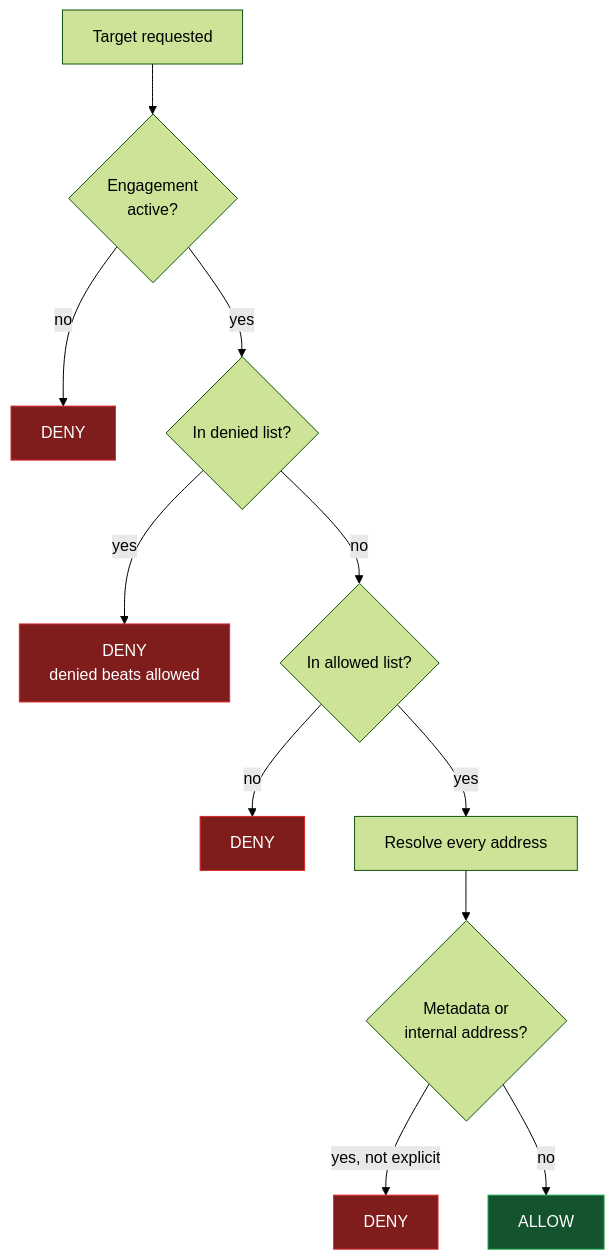
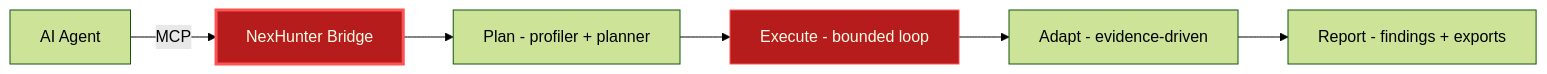
One commit to Arseno25/nexhunter changed the second of 2 diagrams in README.md. Above: the diagram before and after it, drawn with Mermaid (forest theme). The commit also changed other lines of this file and 56 other files, not shown here.

````diff
--- a/README.md
+++ b/README.md
@@ -151,18 +51,10 @@
 ```mermaid
-flowchart TD
-    T[Target requested] --> E{Engagement<br/>active?}
-    E -->|no| D1[DENY]
-    E -->|yes| DEN{In denied list?}
-    DEN -->|yes| D2[DENY<br/>denied beats allowed]
-    DEN -->|no| ALW{In allowed list?}
-    ALW -->|no| D3[DENY]
-    ALW -->|yes| RES[Resolve every address]
-    RES --> META{Metadata or<br/>internal address?}
-    META -->|yes, not explicit| D4[DENY]
-    META -->|no| OK[ALLOW]
-
-    classDef deny fill:#7f1d1d,stroke:#dc2626,color:#fff
-    classDef allow fill:#14532d,stroke:#16a34a,color:#fff
-    class D1,D2,D3,D4 deny
-    class OK allow
+flowchart LR
+    A[AI Agent] -->|MCP| B[NexHunter Bridge]
+    B --> C[Plan - profiler + planner]
+    C --> D[Execute - bounded loop]
+    D --> E[Adapt - evidence-driven]
+    E --> F[Report - findings + exports]
+    style B fill:#b71c1c,stroke:#ff5252,stroke-width:3px,color:#fffde7
+    style D fill:#b71c1c,stroke:#ff5252,color:#fffde7
 ```
````
